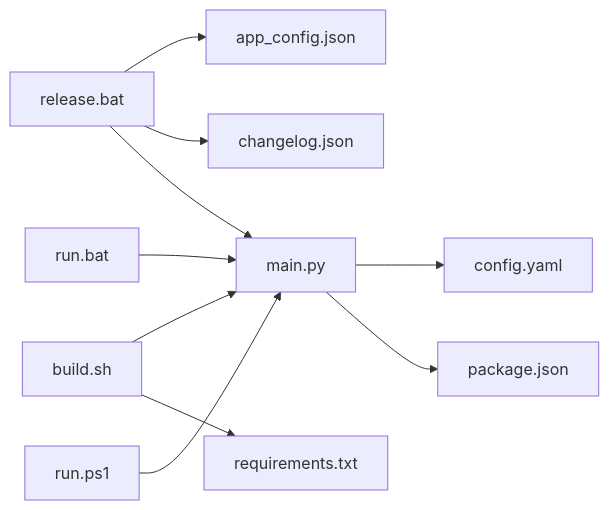
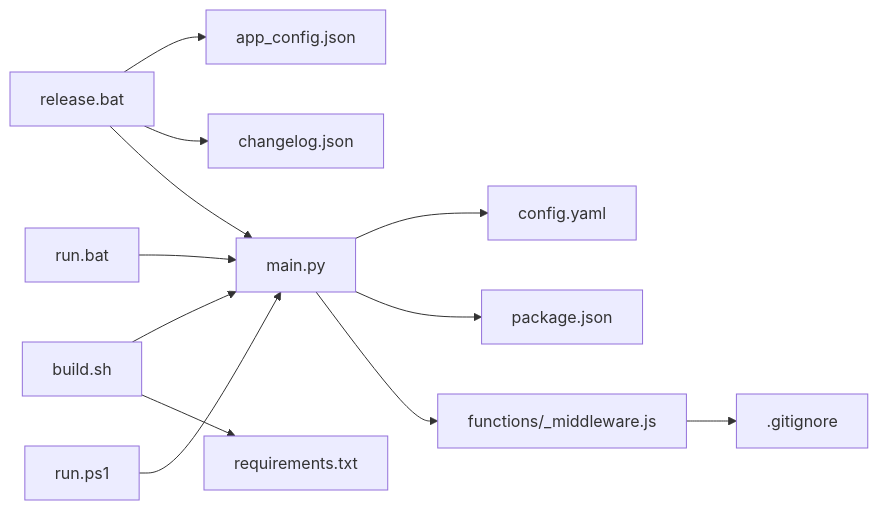
One commit to zhao-zg/cx changed the fifth of 5 diagrams in .qoder/repowiki/zh/content/部署发布/自动化部署脚本.md. Above: the diagram before and after it, drawn with Mermaid. The commit also changed other lines of this file and 36 other files, not shown here.

````diff
--- a/.qoder/repowiki/zh/content/部署发布/自动化部署脚本.md
+++ b/.qoder/repowiki/zh/content/部署发布/自动化部署脚本.md
@@ -306,12 +372,14 @@
 ```mermaid
 graph LR
 RS["release.bat"] --> AC["app_config.json"]
 RS --> CL["changelog.json"]
 RS --> PY["main.py"]
 BS["build.sh"] --> PY
 BS --> RT["requirements.txt"]
 RB["run.bat"] --> PY
 RP["run.ps1"] --> PY
 PY --> CFG["config.yaml"]
 PY --> PJ["package.json"]
+PY --> MW["functions/_middleware.js"]
+MW --> GI[".gitignore"]
 ```
````
